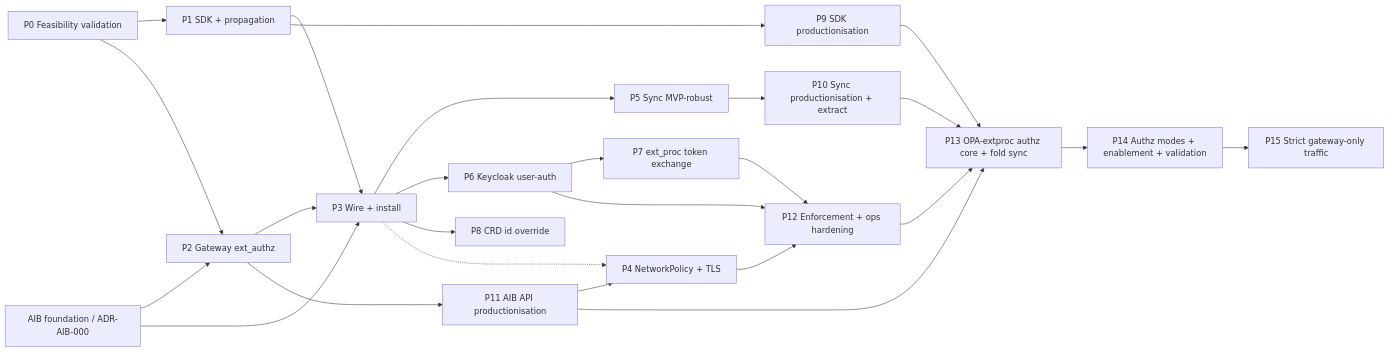
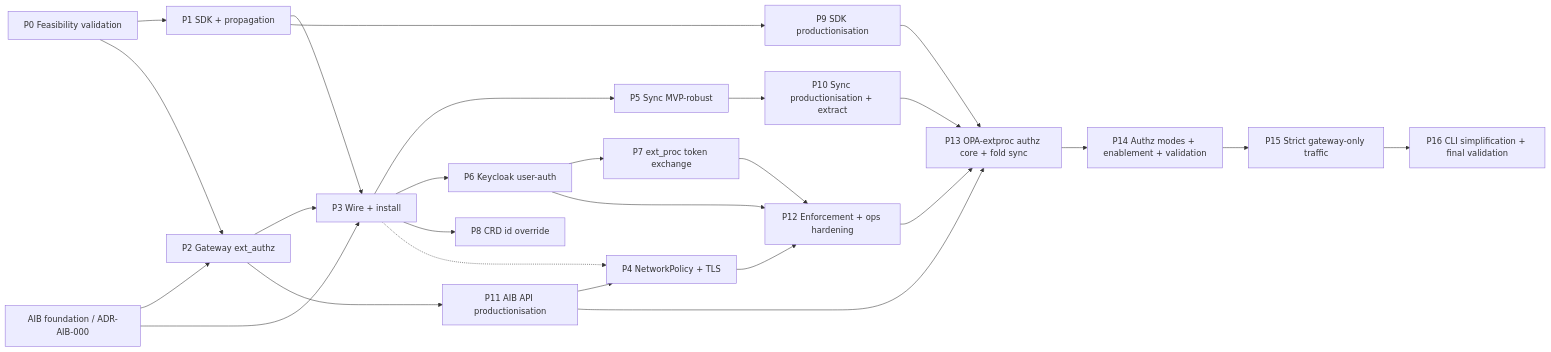
One commit to axsaucedo/kaos-adrs changed the diagram in security-and-identity/plan/proposed-split.md. Above: the diagram before and after it, drawn with Mermaid. The commit also changed other lines of this file and 3 other files, not shown here.

First line of the commit message:
Add CLI-preset simplification plan and final validation learnings

````diff
--- a/security-and-identity/plan/proposed-split.md
+++ b/security-and-identity/plan/proposed-split.md
@@ -238,27 +248,28 @@
 ```mermaid
 graph LR
   P0[P0 Feasibility validation] --> P1[P1 SDK + propagation]
   P0 --> P2[P2 Gateway ext_authz]
   F[AIB foundation / ADR-AIB-000] --> P2
   F --> P3[P3 Wire + install]
   P1 --> P3
   P2 --> P3
   P3 --> P5[P5 Sync MVP-robust]
   P3 --> P6[P6 Keycloak user-auth]
   P3 --> P8[P8 CRD id override]
   P6 --> P7[P7 ext_proc token exchange]
   P1 --> P9[P9 SDK productionisation]
   P5 --> P10[P10 Sync productionisation + extract]
   P2 --> P11[P11 AIB API productionisation]
   P11 --> P4[P4 NetworkPolicy + TLS]
   P3 -.-> P4
   P4 --> P12[P12 Enforcement + ops hardening]
   P6 --> P12
   P7 --> P12
   P9 --> P13
   P10 --> P13
   P11 --> P13
   P12 --> P13[P13 OPA-extproc authz core + fold sync]
   P13 --> P14[P14 Authz modes + enablement + validation]
   P14 --> P15[P15 Strict gateway-only traffic]
+  P15 --> P16[P16 CLI simplification + final validation]
 ```
````
